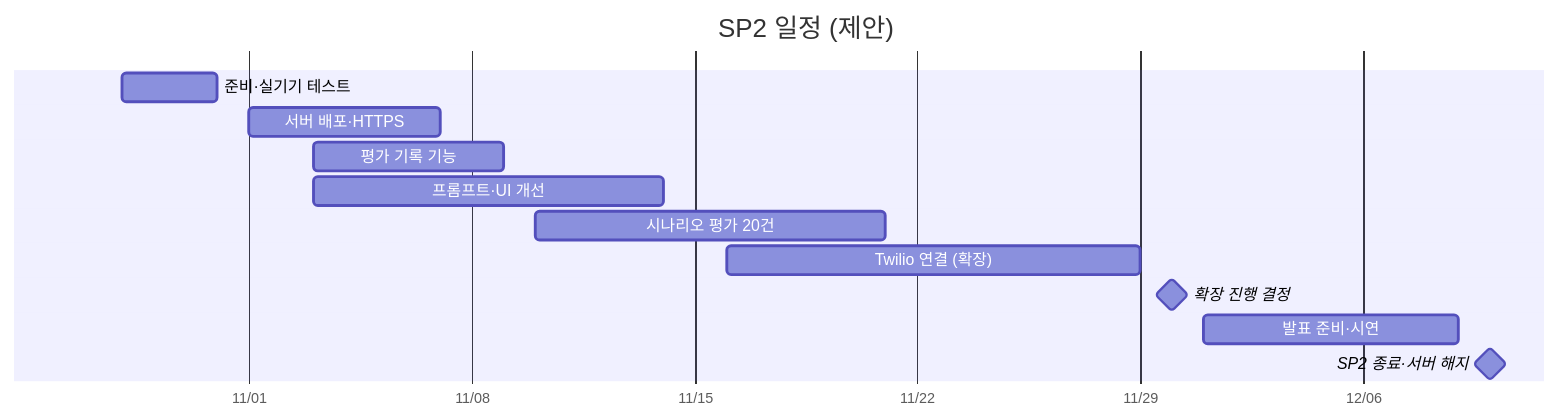
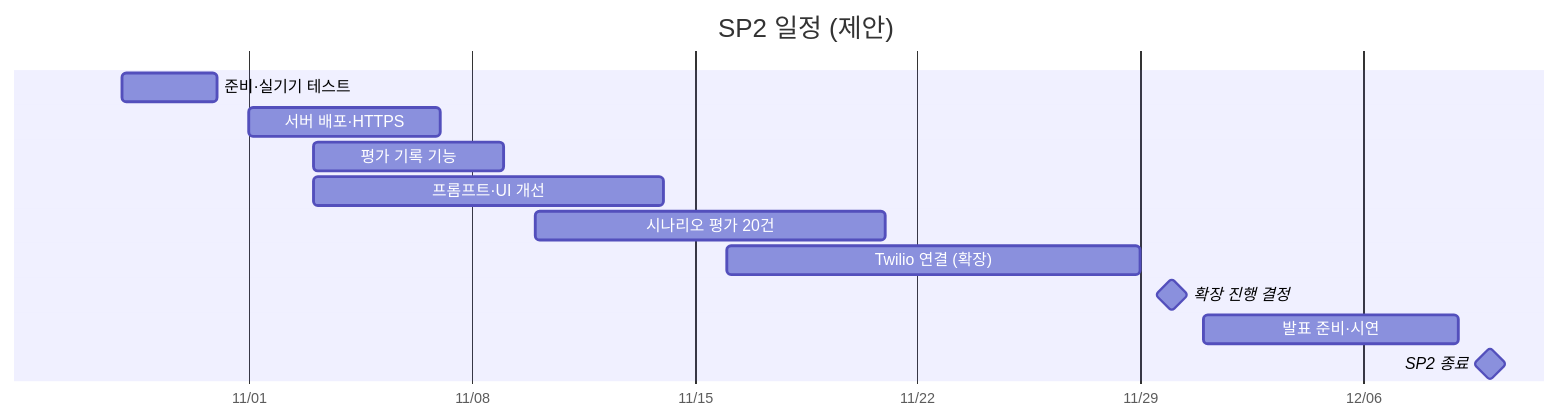
One commit to junie03/geulsori changed the second of 2 diagrams in docs/SP2_MVP_구현계획.md. Above: the diagram before and after it, drawn with Mermaid. The commit also changed other lines of this file and 3 other files, not shown here.

````diff
--- a/docs/SP2_MVP_구현계획.md
+++ b/docs/SP2_MVP_구현계획.md
@@ -85,15 +85,15 @@
 ```mermaid
 gantt
     title SP2 일정 (제안)
     dateFormat YYYY-MM-DD
     axisFormat %m/%d
     준비·실기기 테스트 :2026-10-28, 2026-10-31
     서버 배포·HTTPS :2026-11-01, 2026-11-07
     평가 기록 기능 :2026-11-03, 2026-11-09
     프롬프트·UI 개선 :2026-11-03, 2026-11-14
     시나리오 평가 20건 :2026-11-10, 2026-11-21
     Twilio 연결 (확장) :2026-11-16, 2026-11-29
     확장 진행 결정 :milestone, 2026-11-30, 0d
     발표 준비·시연 :2026-12-01, 2026-12-09
-    SP2 종료·서버 해지 :milestone, 2026-12-10, 0d
+    SP2 종료 :milestone, 2026-12-10, 0d
 ```
````
